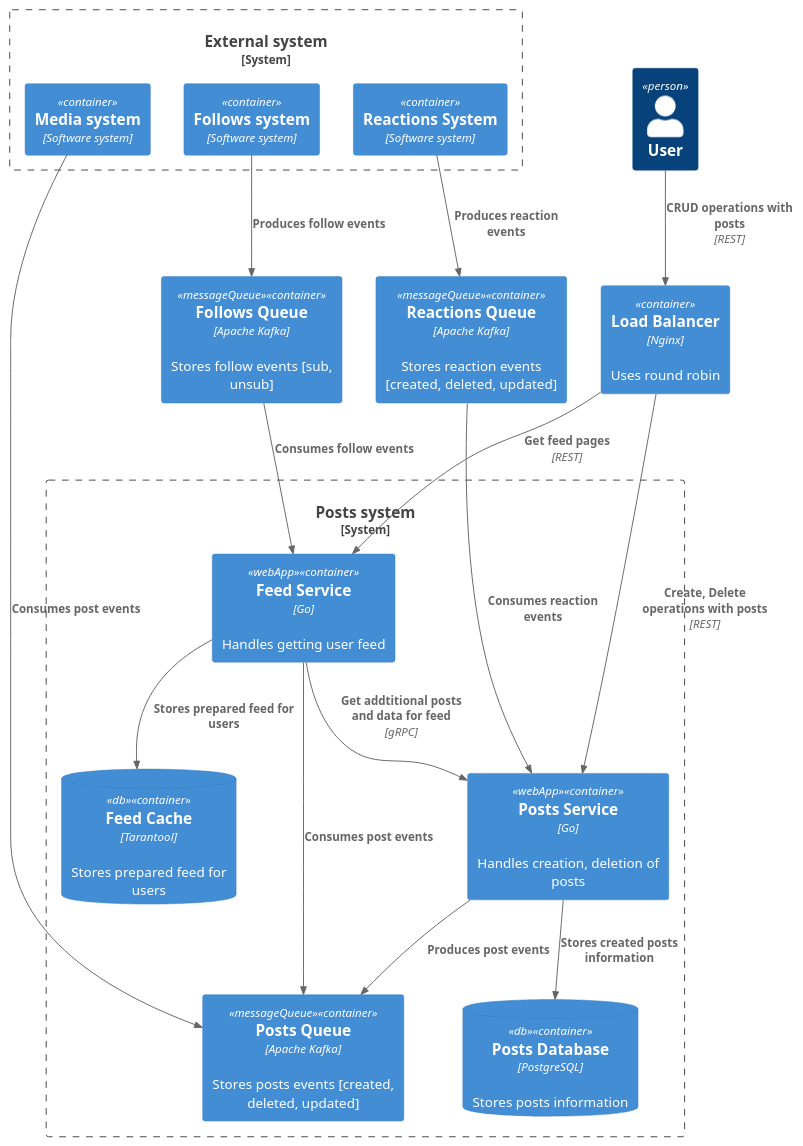
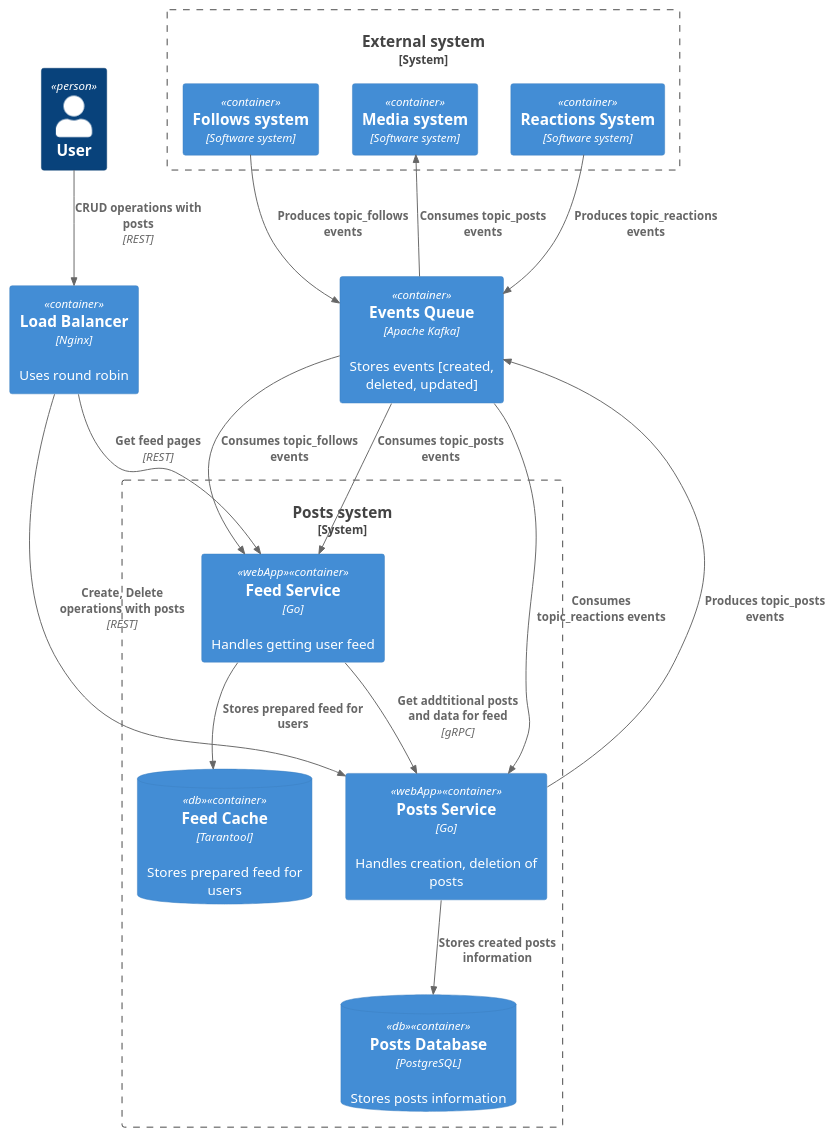
The diagram in architecture/posts_system/container.puml (mkorobovv/social_network_system_design), drawn with PlantUML before and after one commit. The commit also changed 7 other files, not shown here.

```diff
--- a/architecture/posts_system/container.puml
+++ b/architecture/posts_system/container.puml
@@ -1,36 +1,34 @@
 @startuml
 !include https://raw.githubusercontent.com/plantuml-stdlib/C4-PlantUML/master/C4_Container.puml
 
 Person(user, "User")
 Container(loadBalancer, "Load Balancer", "Nginx", "Uses round robin")
-Container(reactionsQueue, "Reactions Queue", "Apache Kafka", "Stores reaction events [created, deleted, updated]", $tags="messageQueue")
-Container(followsQueue, "Follows Queue", "Apache Kafka", "Stores follow events [sub, unsub]", $tags="messageQueue")
+Container(eventsQueue, "Events Queue", "Apache Kafka", "Stores events [created, deleted, updated]")
 
 System_Boundary(postsSystem, "Posts system") {
     Container(postsService, "Posts Service", "Go", "Handles creation, deletion of posts", $tags="webApp")
     Container(feedService, "Feed Service", "Go", "Handles getting user feed", $tags="webApp")
     ContainerDb(postsDatabase, "Posts Database", "PostgreSQL", "Stores posts information",  $tags="db")
-    Container(postsQueue, "Posts Queue", "Apache Kafka", "Stores posts events [created, deleted, updated]", $tags="messageQueue")
     ContainerDb(feedCache, "Feed Cache", "Tarantool", "Stores prepared feed for users", $tags="db")
 }
 
 System_Boundary(externalSystem, "External system") {
     Container(reactionsSystem, "Reactions System", "Software system")
     Container(mediaSystem, "Media system", "Software system")
     Container(followsSystem, "Follows system", "Software system")
 }
 
-Rel(followsSystem, followsQueue, "Produces follow events")
-Rel(followsQueue, feedService, "Consumes follow events")
-Rel(feedService, postsQueue, "Consumes post events")
-Rel(mediaSystem, postsQueue, "Consumes post events")
+Rel(followsSystem, eventsQueue, "Produces topic_follows events")
+Rel(eventsQueue, feedService, "Consumes topic_follows events")
+Rel(eventsQueue, feedService, "Consumes topic_posts events")
+Rel(eventsQueue, mediaSystem, "Consumes topic_posts events")
 Rel(feedService, feedCache, "Stores prepared feed for users")
 Rel(user, loadBalancer, "CRUD operations with posts", "REST")
 Rel(loadBalancer, postsService, "Create, Delete operations with posts", "REST")
 Rel(loadBalancer, feedService, "Get feed pages", "REST")
-Rel(reactionsQueue, postsService, "Consumes reaction events")
-Rel(reactionsSystem, reactionsQueue, "Produces reaction events")
+Rel(eventsQueue, postsService, "Consumes topic_reactions events")
+Rel(reactionsSystem, eventsQueue, "Produces topic_reactions events")
 Rel(postsService, postsDatabase, "Stores created posts information")
-Rel(postsService, postsQueue, "Produces post events")
+Rel(postsService, eventsQueue, "Produces topic_posts events")
 Rel(feedService, postsService, "Get addtitional posts and data for feed", "gRPC")
 @endumlpo
```
